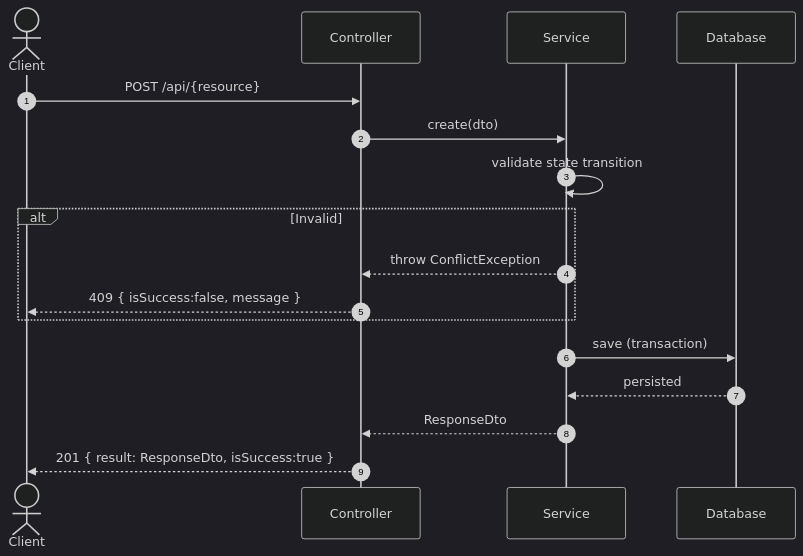
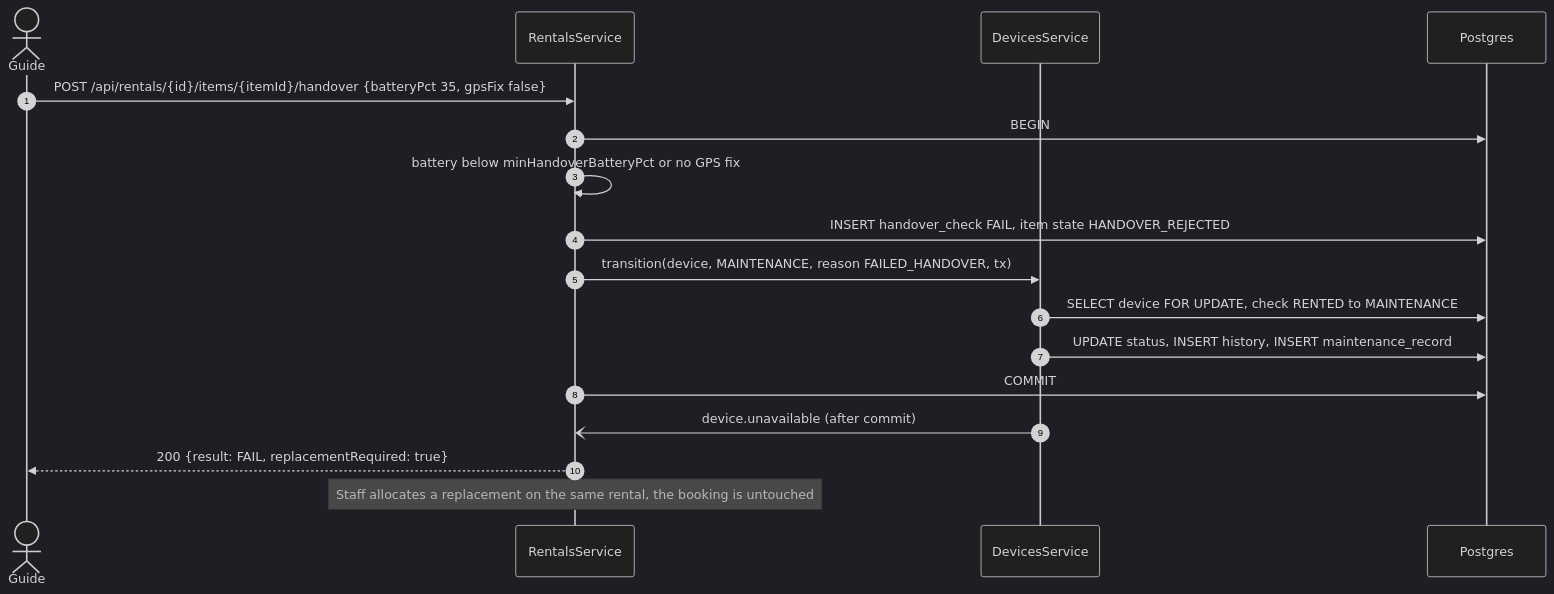
Before and after one commit to TrekLink-Team/treklink-web: the second of 3 diagrams in specs/devices/design.md, drawn with Mermaid (dark theme). The commit also changed other lines of this file and 17 other files, not shown here.

First line of the commit message:
docs(devices): specify the 7-state lifecycle, provisioning and maintenance

````diff
--- a/specs/devices/design.md
+++ b/specs/devices/design.md
@@ -51,20 +226,19 @@
 ```mermaid
 sequenceDiagram
     autonumber
-    actor Client
-    participant Controller
-    participant Service
-    participant DB as Database
-
-    Client->>Controller: POST /api/{resource}
-    Controller->>Service: create(dto)
-    Service->>Service: validate state transition
-    alt Invalid
-        Service-->>Controller: throw ConflictException
-        Controller-->>Client: 409 { isSuccess:false, message }
-    end
-    Service->>DB: save (transaction)
-    DB-->>Service: persisted
-    Service-->>Controller: ResponseDto
-    Controller-->>Client: 201 { result: ResponseDto, isSuccess:true }
+    actor G as Guide
+    participant R as RentalsService
+    participant D as DevicesService
+    participant DB as Postgres
+    G->>R: POST /api/rentals/{id}/items/{itemId}/handover {batteryPct 35, gpsFix false}
+    R->>DB: BEGIN
+    R->>R: battery below minHandoverBatteryPct or no GPS fix
+    R->>DB: INSERT handover_check FAIL, item state HANDOVER_REJECTED
+    R->>D: transition(device, MAINTENANCE, reason FAILED_HANDOVER, tx)
+    D->>DB: SELECT device FOR UPDATE, check RENTED to MAINTENANCE
+    D->>DB: UPDATE status, INSERT history, INSERT maintenance_record
+    R->>DB: COMMIT
+    D-)R: device.unavailable (after commit)
+    R-->>G: 200 {result: FAIL, replacementRequired: true}
+    Note over R: Staff allocates a replacement on the same rental, the booking is untouched
 ```
````
